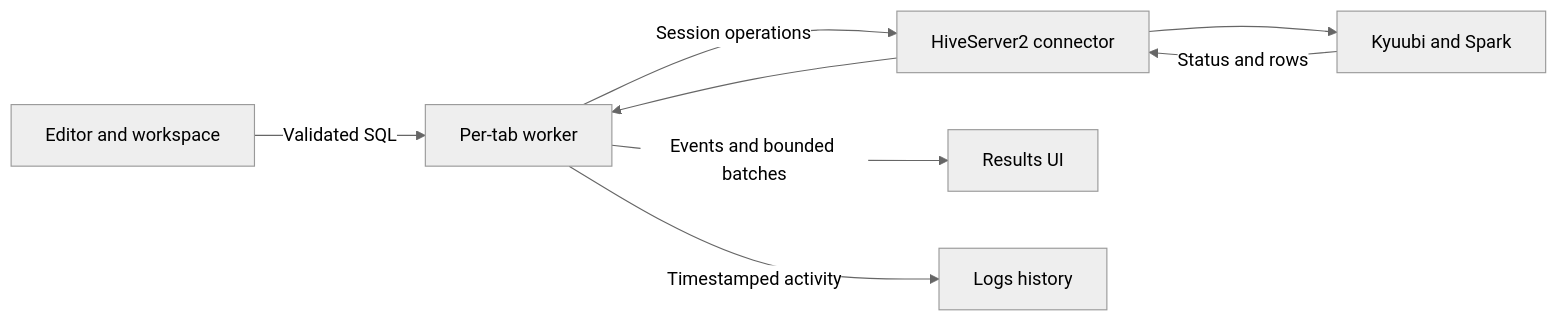
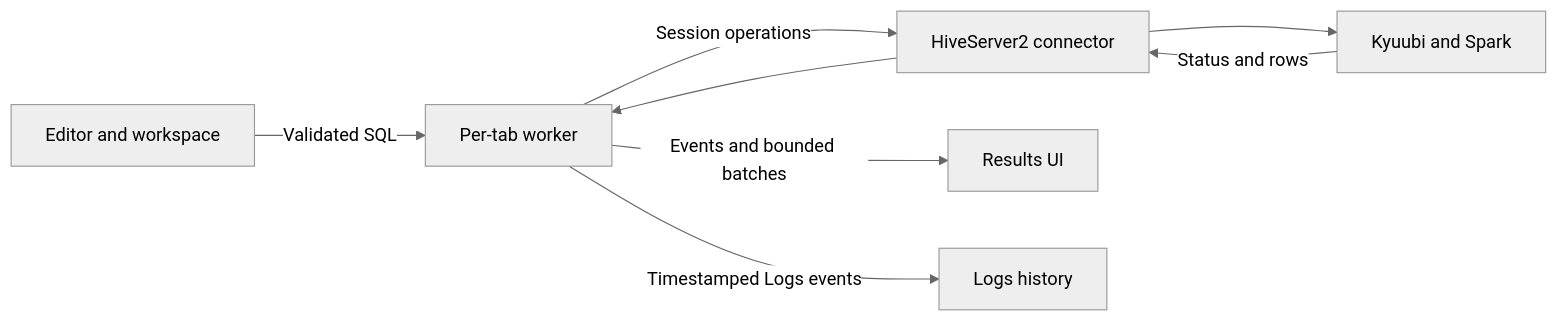
Before and after one commit to vsevolodbazhan/qrow: the diagram in docs/architecture.md, drawn with Mermaid (neutral theme). The commit also changed other lines of this file and 12 other files, not shown here.

First line of the commit message:
refactor(logs): rename the tab Logs model from activity to logs

````diff
--- a/docs/architecture.md
+++ b/docs/architecture.md
@@ -33,10 +33,10 @@
 ```mermaid
 flowchart LR
     Editor[Editor and workspace] -->|Validated SQL| Worker[Per-tab worker]
     Worker -->|Session operations| Connector[HiveServer2 connector]
     Connector --> Kyuubi[Kyuubi and Spark]
     Kyuubi -->|Status and rows| Connector
     Connector --> Worker
     Worker -->|Events and bounded batches| Results[Results UI]
-    Worker -->|Timestamped activity| Activity[Logs history]
+    Worker -->|Timestamped Logs events| Logs[Logs history]
 ```
````
